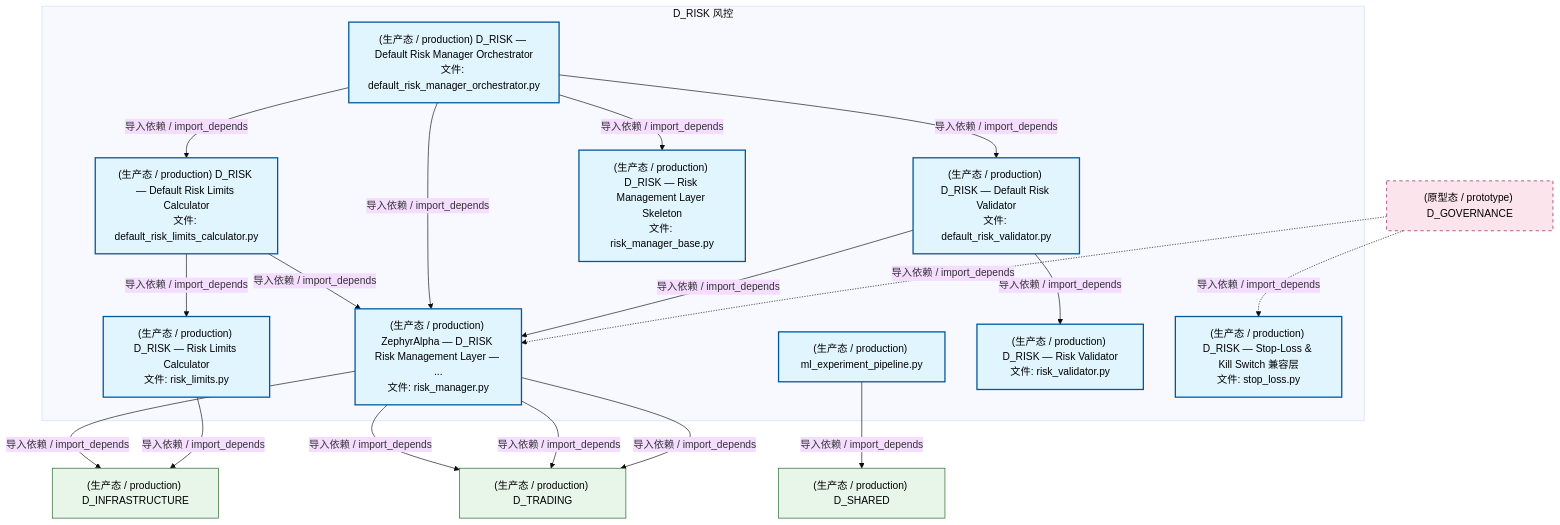
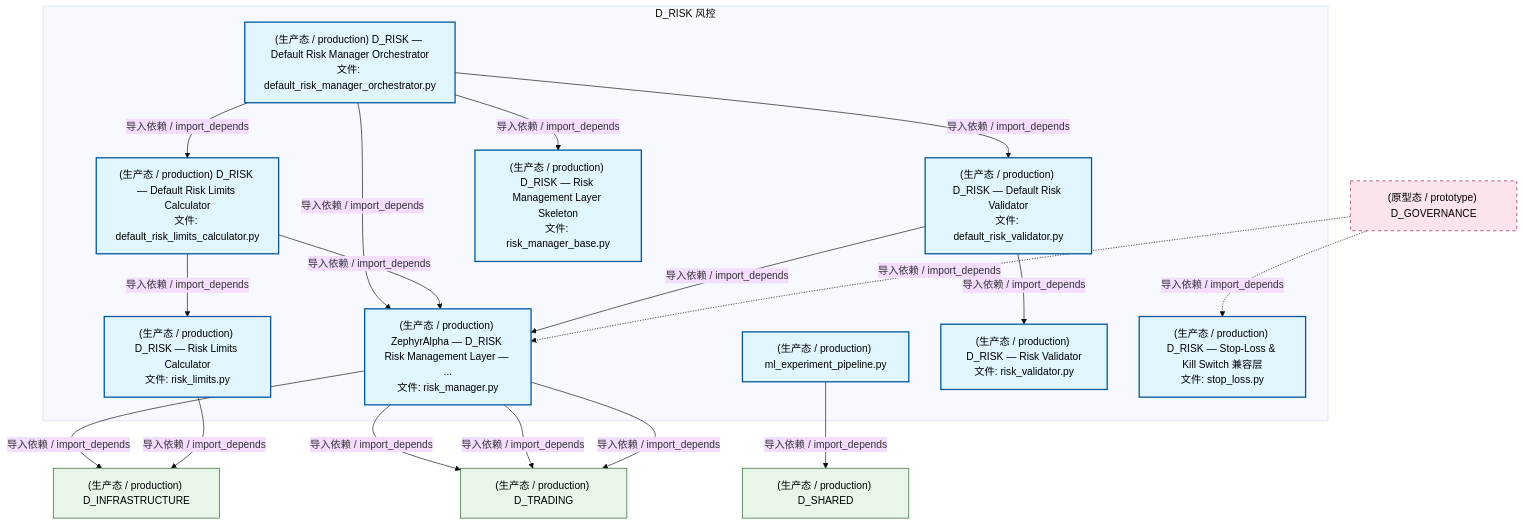
Before and after one commit to xuanFelixVan/ZephyrAlpha: the second of 4 diagrams in docs/02_enterprise_architecture/02_domain_architecture_docs/54_d_risk.md, drawn with Mermaid (base theme). The commit also changed other lines of this file and 125 other files, not shown here.

````diff
--- a/docs/02_enterprise_architecture/02_domain_architecture_docs/54_d_risk.md
+++ b/docs/02_enterprise_architecture/02_domain_architecture_docs/54_d_risk.md
@@ -133,41 +133,41 @@
 ```mermaid
 graph TD
     subgraph D_RISK["D_RISK 风控"]
         src_zephyr_risk_cross_asset_cross_market_data_adapter_ml_experiment_pipeline_py["(生产态 / production) ml_experiment_pipeline.py"]
         src_zephyr_risk_implementations_default_risk_limits_calculator_py["(生产态 / production) D_RISK — Default Risk Limits Calculator<br/>文件: default_risk_limits_calculator.py"]
         src_zephyr_risk_implementations_default_risk_manager_orchestrator_py["(生产态 / production) D_RISK — Default Risk Manager Orchestrator<br/>文件: default_risk_manager_orchestrator.py"]
         src_zephyr_risk_implementations_default_risk_validator_py["(生产态 / production) D_RISK — Default Risk Validator<br/>文件: default_risk_validator.py"]
         src_zephyr_risk_risk_limits_py["(生产态 / production) D_RISK — Risk Limits Calculator<br/>文件: risk_limits.py"]
         src_zephyr_risk_risk_manager_py["(生产态 / production) ZephyrAlpha — D_RISK Risk Management Layer — ...<br/>文件: risk_manager.py"]
         src_zephyr_risk_risk_manager_base_py["(生产态 / production) D_RISK — Risk Management Layer Skeleton<br/>文件: risk_manager_base.py"]
         src_zephyr_risk_risk_validator_py["(生产态 / production) D_RISK — Risk Validator<br/>文件: risk_validator.py"]
         src_zephyr_risk_stop_loss_py["(生产态 / production) D_RISK — Stop-Loss & Kill Switch 兼容层<br/>文件: stop_loss.py"]
     end
-    src_zephyr_risk_implementations_default_risk_limits_calculator_py -->|导入依赖 / import_depends| src_zephyr_risk_risk_limits_py
-    src_zephyr_risk_implementations_default_risk_limits_calculator_py -->|导入依赖 / import_depends| src_zephyr_risk_risk_manager_py
+    src_zephyr_risk_implementations_default_risk_manager_orchestrator_py -->|导入依赖 / import_depends| src_zephyr_risk_risk_manager_py
     src_zephyr_risk_implementations_default_risk_manager_orchestrator_py -->|导入依赖 / import_depends| src_zephyr_risk_risk_manager_base_py
-    src_zephyr_risk_implementations_default_risk_manager_orchestrator_py -->|导入依赖 / import_depends| src_zephyr_risk_risk_manager_py
     src_zephyr_risk_implementations_default_risk_manager_orchestrator_py -->|导入依赖 / import_depends| src_zephyr_risk_implementations_default_risk_limits_calculator_py
     src_zephyr_risk_implementations_default_risk_manager_orchestrator_py -->|导入依赖 / import_depends| src_zephyr_risk_implementations_default_risk_validator_py
+    src_zephyr_risk_implementations_default_risk_limits_calculator_py -->|导入依赖 / import_depends| src_zephyr_risk_risk_manager_py
+    src_zephyr_risk_implementations_default_risk_limits_calculator_py -->|导入依赖 / import_depends| src_zephyr_risk_risk_limits_py
+    src_zephyr_risk_implementations_default_risk_validator_py -->|导入依赖 / import_depends| src_zephyr_risk_risk_manager_py
     src_zephyr_risk_implementations_default_risk_validator_py -->|导入依赖 / import_depends| src_zephyr_risk_risk_validator_py
-    src_zephyr_risk_implementations_default_risk_validator_py -->|导入依赖 / import_depends| src_zephyr_risk_risk_manager_py
     D_INFRASTRUCTURE["(生产态 / production) D_INFRASTRUCTURE"]
     src_zephyr_risk_risk_manager_py -->|导入依赖 / import_depends| D_INFRASTRUCTURE
     D_TRADING["(生产态 / production) D_TRADING"]
     src_zephyr_risk_risk_manager_py -->|导入依赖 / import_depends| D_TRADING
     src_zephyr_risk_risk_manager_py -->|导入依赖 / import_depends| D_TRADING
     src_zephyr_risk_risk_manager_py -->|导入依赖 / import_depends| D_TRADING
     src_zephyr_risk_risk_limits_py -->|导入依赖 / import_depends| D_INFRASTRUCTURE
     D_SHARED["(生产态 / production) D_SHARED"]
     src_zephyr_risk_cross_asset_cross_market_data_adapter_ml_experiment_pipeline_py -->|导入依赖 / import_depends| D_SHARED
     D_GOVERNANCE["(原型态 / prototype) D_GOVERNANCE"]
     D_GOVERNANCE -.->|导入依赖 / import_depends| src_zephyr_risk_risk_manager_py
     D_GOVERNANCE -.->|导入依赖 / import_depends| src_zephyr_risk_stop_loss_py
     classDef production fill:#e1f5fe,stroke:#01579b,stroke-width:2px,color:#000
     classDef design fill:#fff3e0,stroke:#e65100,stroke-width:2px,color:#000,stroke-dasharray: 5 5
     classDef external_prod fill:#e8f5e9,stroke:#1b5e20,stroke-width:1px,color:#000
     classDef external_design fill:#fce4ec,stroke:#880e4f,stroke-width:1px,color:#000,stroke-dasharray: 5 5
     class src_zephyr_risk_cross_asset_cross_market_data_adapter_ml_experiment_pipeline_py,src_zephyr_risk_implementations_default_risk_limits_calculator_py,src_zephyr_risk_implementations_default_risk_manager_orchestrator_py,src_zephyr_risk_implementations_default_risk_validator_py,src_zephyr_risk_risk_limits_py,src_zephyr_risk_risk_manager_py,src_zephyr_risk_risk_manager_base_py,src_zephyr_risk_risk_validator_py,src_zephyr_risk_stop_loss_py production
     class D_INFRASTRUCTURE,D_TRADING,D_SHARED external_prod
     class D_GOVERNANCE external_design
 ```
````
